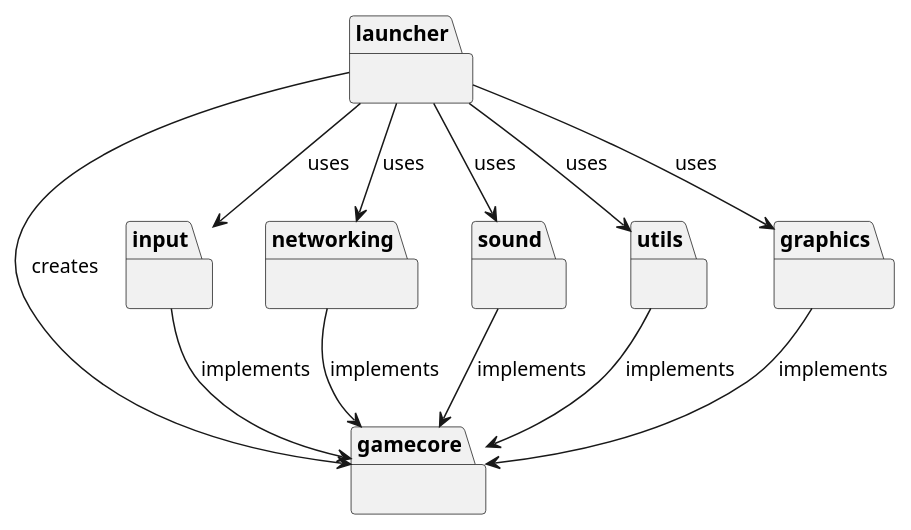
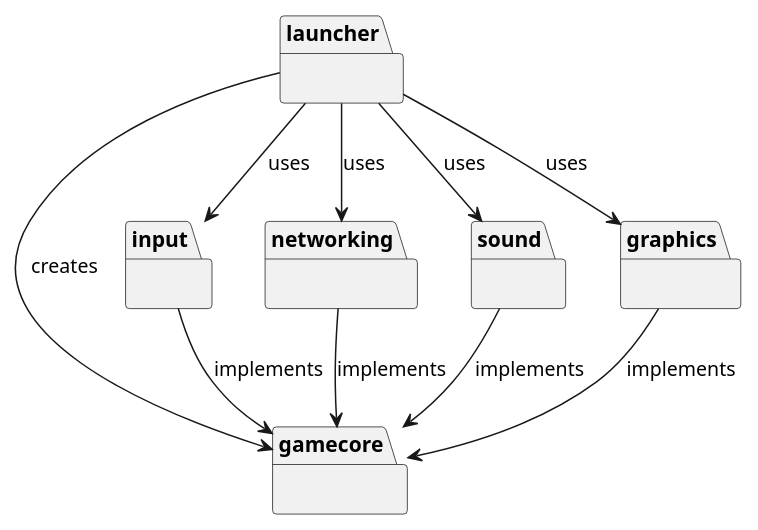
One commit to SverreNystad/besieged changed the diagram in docs/diagrams/package.puml. Above: the diagram before and after it, drawn with PlantUML.

Commit message:
Remove utils

```diff
--- a/docs/diagrams/package.puml
+++ b/docs/diagrams/package.puml
@@ -1,44 +1,44 @@
 @startuml
 
 package "launcher" {
     
 }
 
 package "gamecore" {
     
 }
 
 package "input" {
     
 }
 
 package "networking" {
     
 }
 
 package "sound" {
     
 }
 
-package "utils" {
+' package "utils" {
     
-}
+' }
 
 package "graphics" {
     
 }
 
 launcher --> gamecore : creates
 launcher --> input : uses
 launcher --> networking : uses
 launcher --> sound : uses
-launcher --> utils : uses
+' launcher --> utils : uses
 launcher --> graphics : uses
 
 input --> gamecore : implements
 networking --> gamecore : implements
 sound --> gamecore : implements
-utils --> gamecore : implements
+' utils --> gamecore : implements
 graphics --> gamecore : implements
 
 @enduml
```
